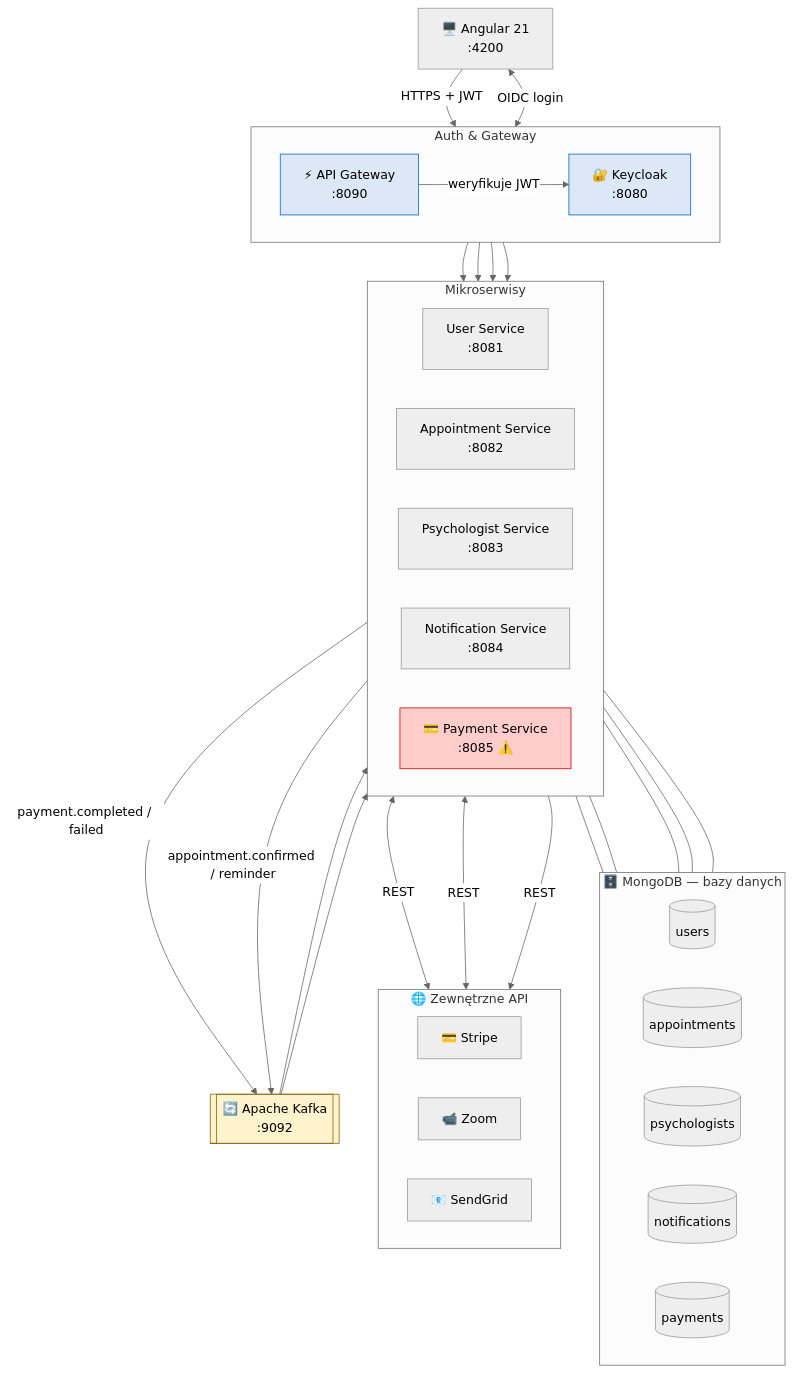
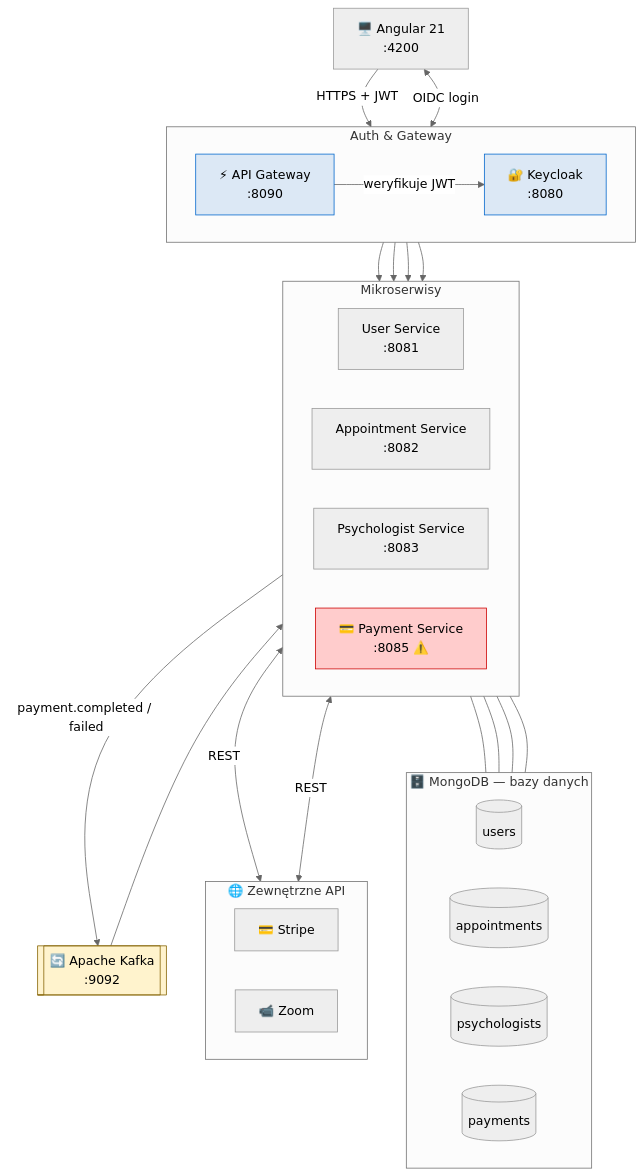
The first of 5 diagrams in docs/architecture-diagram.md (TheraLink1/thera-depr), drawn with Mermaid (neutral theme) before and after one commit. The commit also changed other lines of this file and 17 other files, not shown here.

````diff
--- a/docs/architecture-diagram.md
+++ b/docs/architecture-diagram.md
@@ -12,62 +12,55 @@
 ```mermaid
 graph TB
     BROWSER["🖥️ Angular 21\n:4200"]
 
     subgraph AUTH_GW["Auth & Gateway"]
         direction LR
         KEYCLOAK["🔐 Keycloak\n:8080"]
         GATEWAY["⚡ API Gateway\n:8090"]
     end
 
     subgraph SERVICES["Mikroserwisy"]
         direction LR
         USER["User Service\n:8081"]
         APPT["Appointment Service\n:8082"]
         PSYCH["Psychologist Service\n:8083"]
-        NOTIF["Notification Service\n:8084"]
         PAY["💳 Payment Service\n:8085 ⚠️"]
     end
 
     KAFKA[["🔄 Apache Kafka\n:9092"]]
 
     subgraph DBS["🗄️ MongoDB — bazy danych"]
         direction LR
         DB1[("users")]
         DB2[("appointments")]
         DB3[("psychologists")]
-        DB4[("notifications")]
         DB5[("payments")]
     end
 
     subgraph EXT["🌐 Zewnętrzne API"]
         direction LR
         STRIPE["💳 Stripe"]
         ZOOM["📹 Zoom"]
-        SG["📧 SendGrid"]
     end
 
     BROWSER -->|"HTTPS + JWT"| GATEWAY
     BROWSER <-->|"OIDC login"| KEYCLOAK
     GATEWAY -->|"weryfikuje JWT"| KEYCLOAK
     GATEWAY --> USER & APPT & PSYCH & PAY
 
     PAY -->|"payment.completed / failed"| KAFKA
-    APPT -->|"appointment.confirmed / reminder"| KAFKA
     KAFKA --> APPT
-    KAFKA --> NOTIF
 
     USER --- DB1
     APPT --- DB2
     PSYCH --- DB3
-    NOTIF --- DB4
     PAY --- DB5
 
     PAY <-->|"REST"| STRIPE
     APPT <-->|"REST"| ZOOM
-    NOTIF -->|"REST"| SG
 
     style PAY fill:#ffcccc,stroke:#cc0000
     style KAFKA fill:#fff3cd,stroke:#856404
     style KEYCLOAK fill:#dce8f5,stroke:#0066cc
     style GATEWAY fill:#dce8f5,stroke:#0066cc
 ```
````
